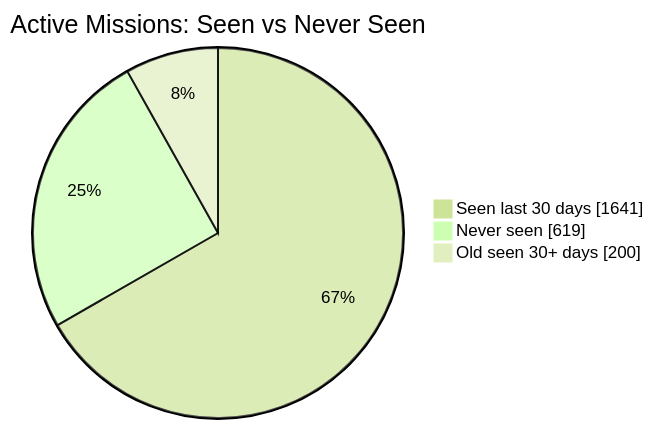
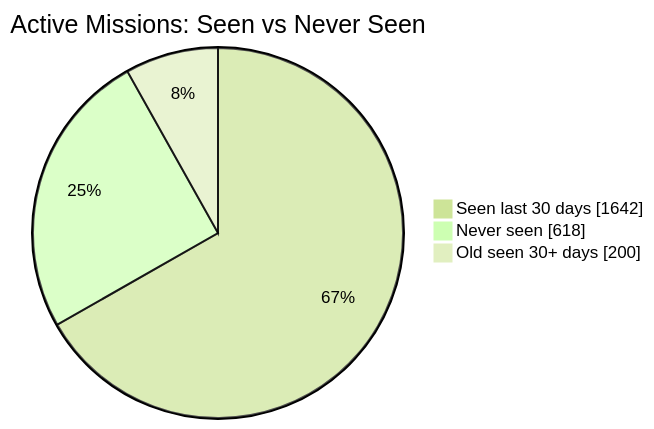
Before and after one commit to MeldkamerspelGameTeam/active-missions: the first of 2 diagrams in README.md, drawn with Mermaid (forest theme). The commit also changed other lines of this file and 3 other files, not shown here.

````diff
--- a/README.md
+++ b/README.md
@@ -34,7 +34,7 @@
 ```mermaid
 pie showData
     title Active Missions: Seen vs Never Seen
-    "Seen last 30 days" : 1641
-    "Never seen" : 619
+    "Seen last 30 days" : 1642
+    "Never seen" : 618
     "Old seen 30+ days" : 200
 ```
````
